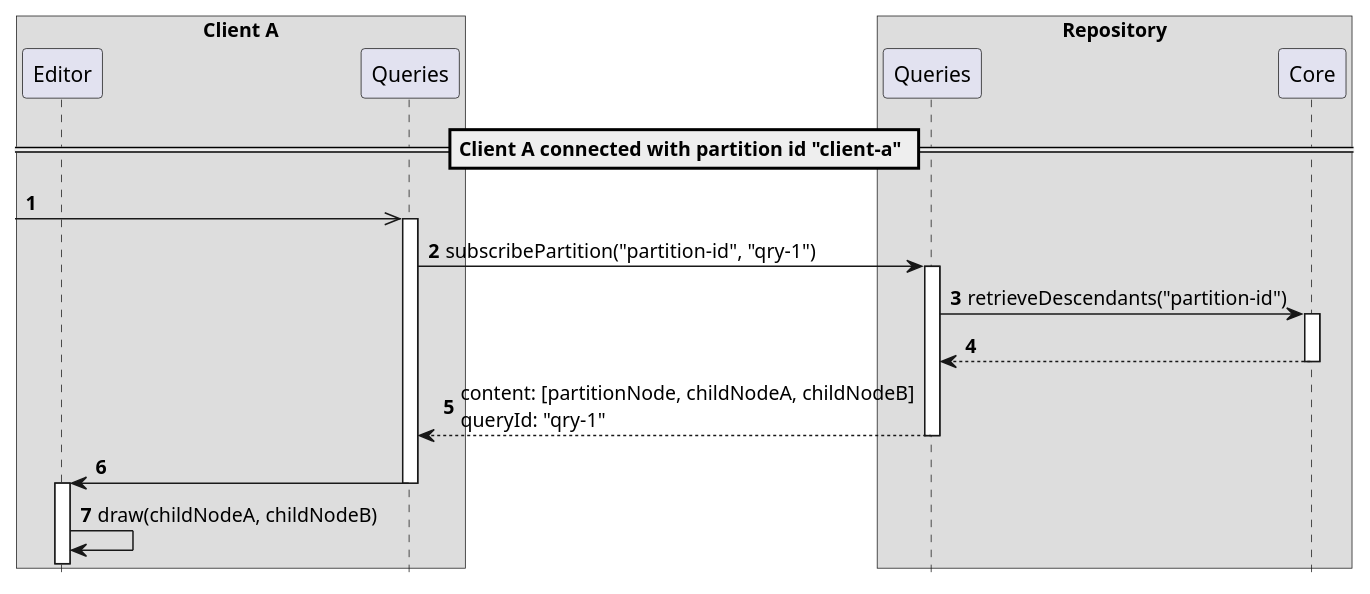
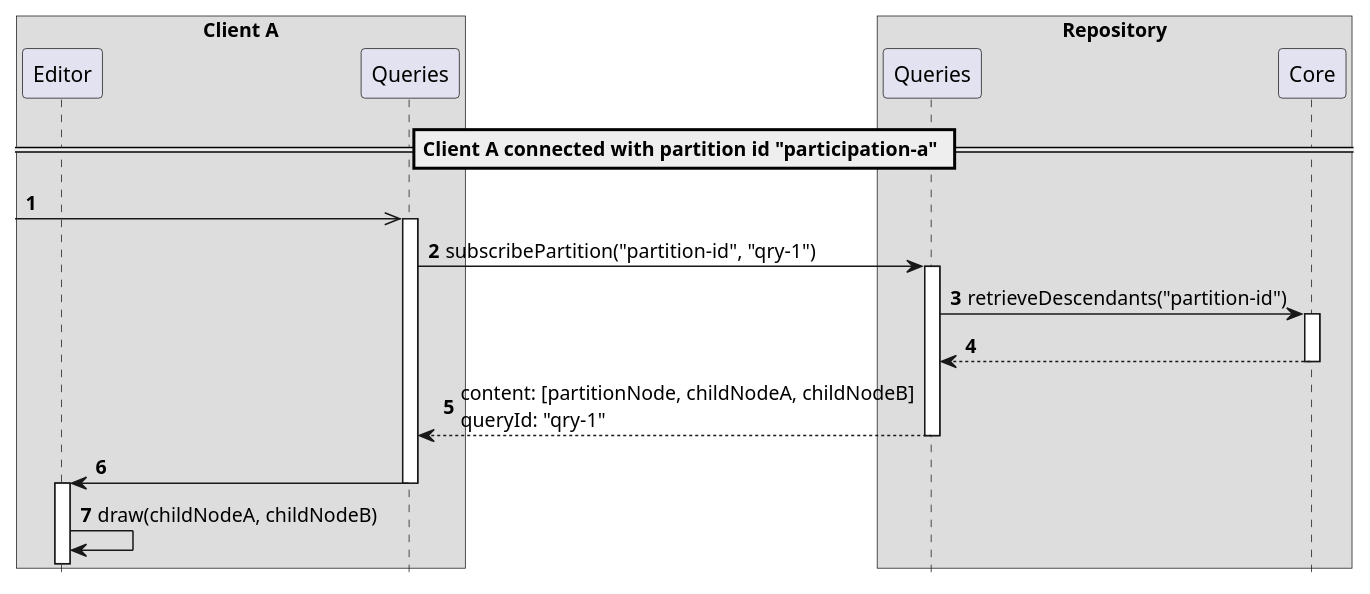
One commit to LionWeb-io/specification changed the diagram in delta/scenarios/reconnectKnownPartition.adoc. Above: the diagram before and after it, drawn with PlantUML. The commit also changed 9 other files, not shown here.

```diff
--- a/delta/scenarios/reconnectKnownPartition.adoc
+++ b/delta/scenarios/reconnectKnownPartition.adoc
@@ -2,28 +2,28 @@
 [plantuml,reconnectKnownPartition,svg]
 ----
 hide footbox
 autonumber
 
 box "Client A"
   participant Editor as editor
   participant Queries as clientQuery
 end box
 
 box "Repository"
   participant Queries  as repoQuery
   participant Core as core
 end box
 
-== Client A connected with partition id "client-a" ==
+== Client A connected with partition id "participation-a" ==
 
 [->> clientQuery
 activate clientQuery
 clientQuery -> repoQuery ++: subscribePartition("partition-id", "qry-1")
   repoQuery -> core ++: retrieveDescendants("partition-id")
   return
 return content: [partitionNode, childNodeA, childNodeB]\nqueryId: "qry-1"
 clientQuery -> editor
 deactivate clientQuery
 activate editor
 editor -> editor: draw(childNodeA, childNodeB)
 ----
```
